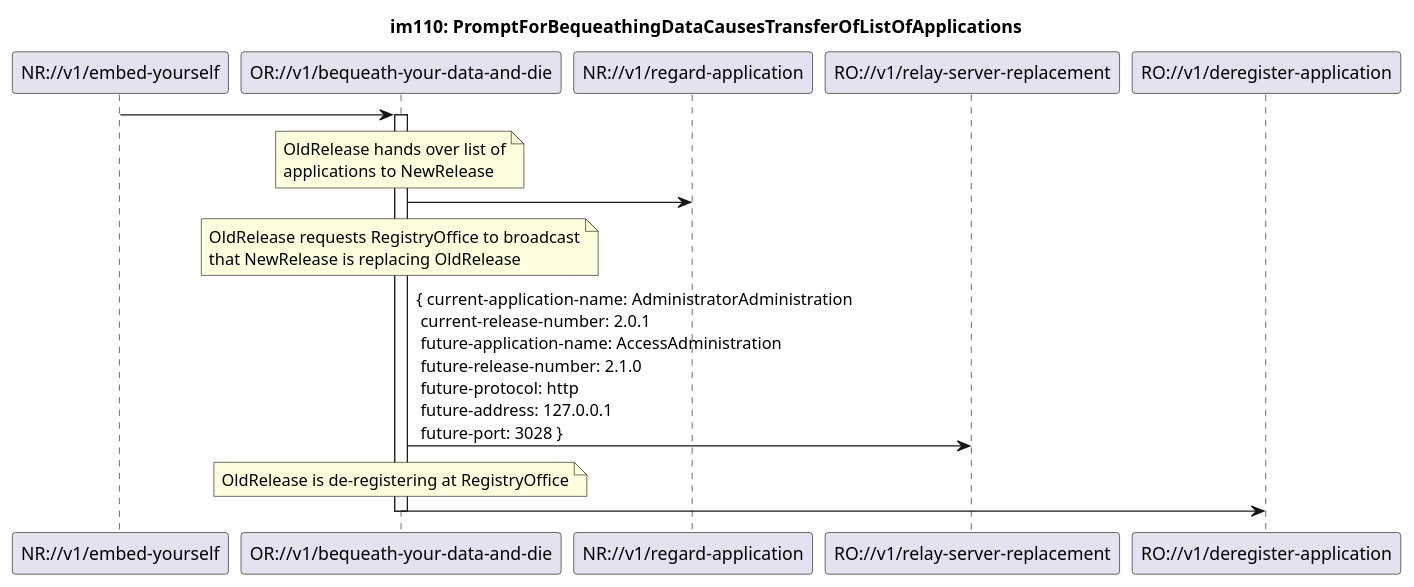
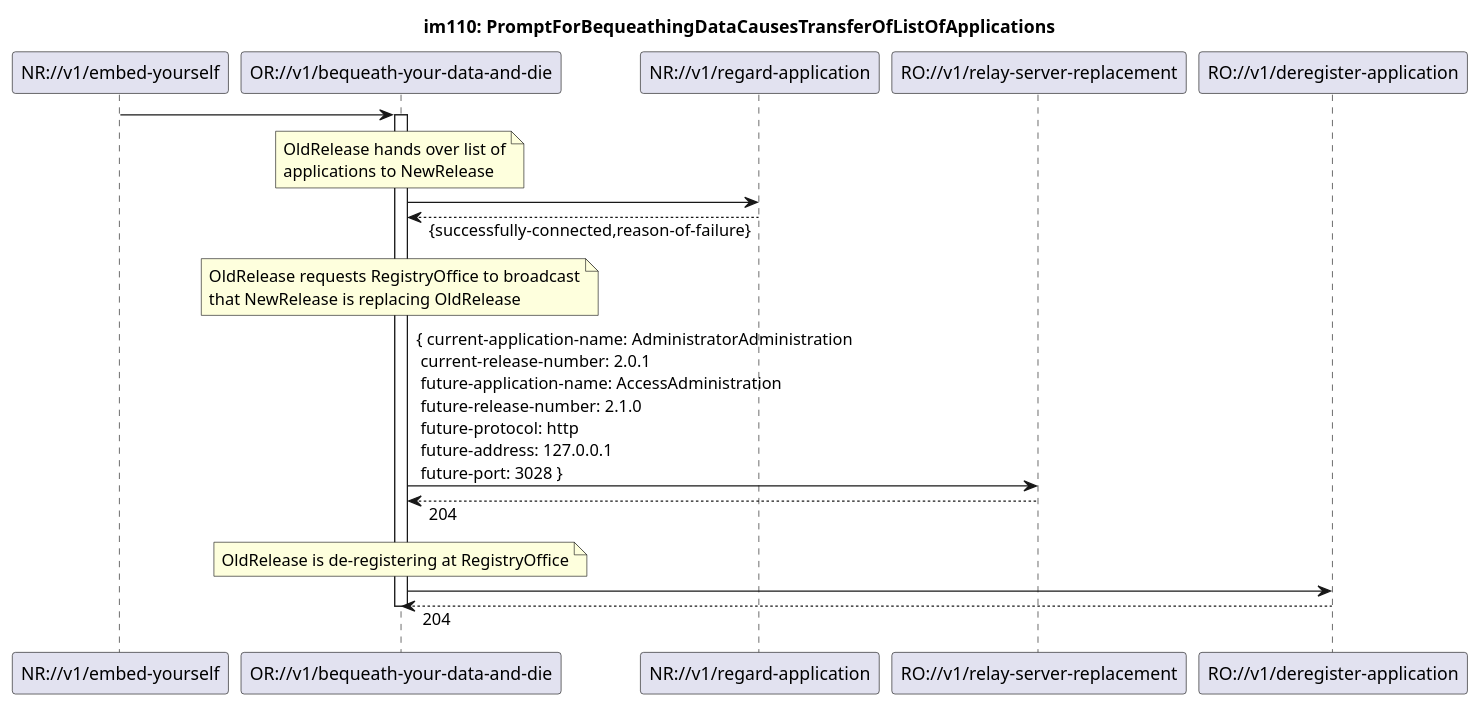
The diagram in spec/diagrams/im000_BequeathYourDataAndDie.plantuml (openBackhaul/ApplicationLayerTopology), drawn with PlantUML before and after one commit. The commit also changed 6 other files, not shown here.

```diff
--- a/spec/diagrams/im000_BequeathYourDataAndDie.plantuml
+++ b/spec/diagrams/im000_BequeathYourDataAndDie.plantuml
@@ -1,36 +1,39 @@
 @startuml im000_BequeathYourDataAndDie
 skinparam responseMessageBelowArrow true
 
 title
 im110: PromptForBequeathingDataCausesTransferOfListOfApplications
 end title
 
 participant "NR://v1/embed-yourself" as NewRelease
 participant "OR://v1/bequeath-your-data-and-die" as OldRelease
 participant "NR://v1/regard-application" as NrGetsApplications
 participant "RO://v1/relay-server-replacement" as RelayServerReplacement
 participant "RO://v1/deregister-application" as Deregister
 
 NewRelease -> OldRelease
 activate OldRelease
 
 note over OldRelease
 OldRelease hands over list of
 applications to NewRelease
 end note
 OldRelease -> NrGetsApplications
+OldRelease <-- NrGetsApplications : {successfully-connected,reason-of-failure}
 
 note over OldRelease
 OldRelease requests RegistryOffice to broadcast
 that NewRelease is replacing OldRelease
 end note
 OldRelease -> RelayServerReplacement : { current-application-name: AdministratorAdministration \n current-release-number: 2.0.1 \n future-application-name: AccessAdministration \n future-release-number: 2.1.0 \n future-protocol: http \n future-address: 127.0.0.1 \n future-port: 3028 }
+OldRelease <-- RelayServerReplacement : 204
 
 note over OldRelease
 OldRelease is de-registering at RegistryOffice
 end note
 OldRelease -> Deregister
+OldRelease <-- Deregister : 204
 
 deactivate OldRelease
 
 @enduml
```
